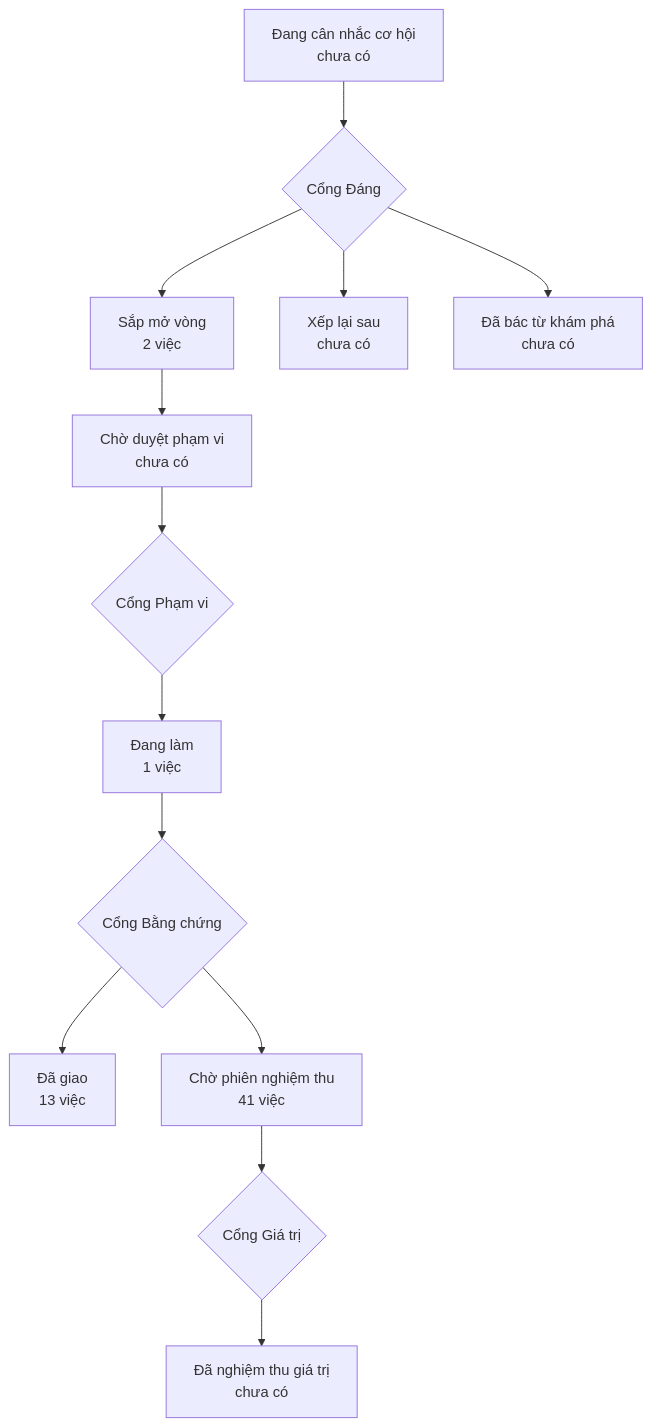
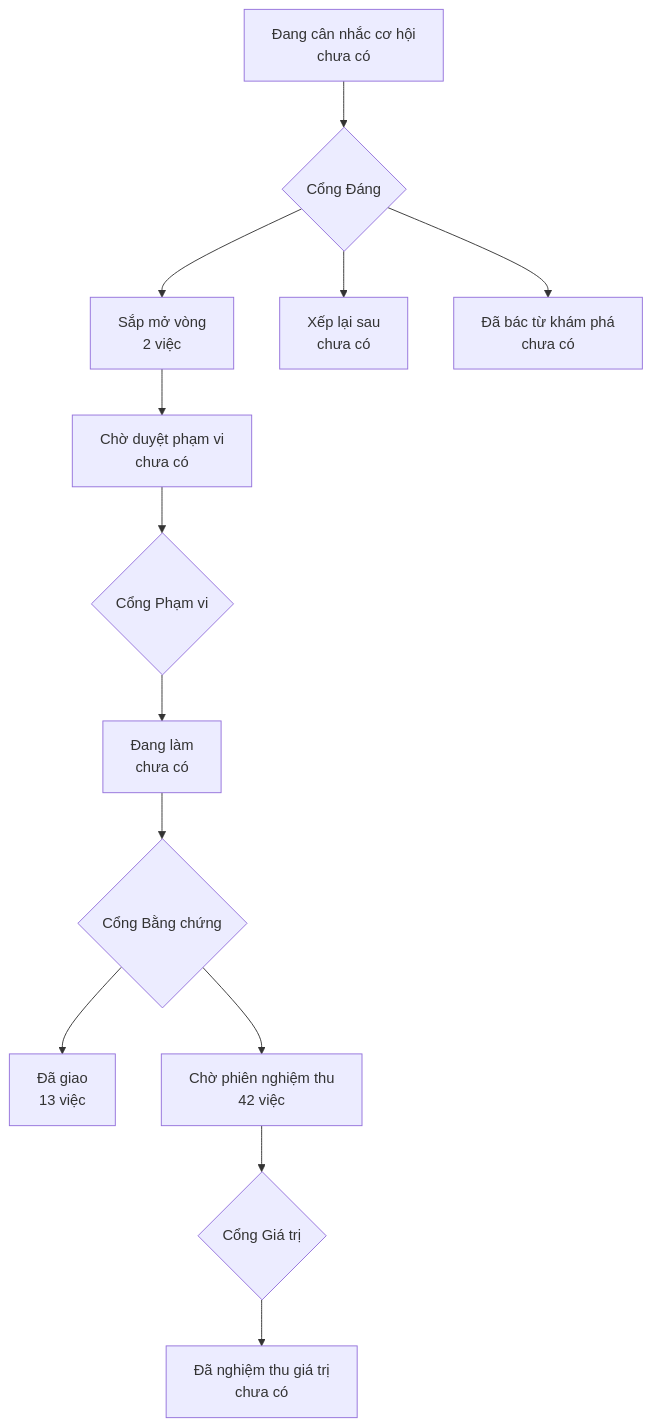
The diagram in PRODUCT-MAP.md (phanlemanh/onehub-quy-hang), drawn with Mermaid before and after one commit. The commit also changed other lines of this file and 4 other files, not shown here.

````diff
--- a/PRODUCT-MAP.md
+++ b/PRODUCT-MAP.md
@@ -7,12 +7,12 @@
 ```mermaid
 flowchart TD
   A["Đang cân nhắc cơ hội<br/>chưa có"] --> GD{"Cổng Đáng"}
   GD --> B["Sắp mở vòng<br/>2 việc"]
   GD --> XL["Xếp lại sau<br/>chưa có"]
   GD --> DB["Đã bác từ khám phá<br/>chưa có"]
   B --> CD["Chờ duyệt phạm vi<br/>chưa có"] --> GP{"Cổng Phạm vi"}
-  GP --> DL["Đang làm<br/>1 việc"] --> GB{"Cổng Bằng chứng"}
+  GP --> DL["Đang làm<br/>chưa có"] --> GB{"Cổng Bằng chứng"}
   GB --> DG["Đã giao<br/>13 việc"]
-  GB --> CN["Chờ phiên nghiệm thu<br/>41 việc"] --> GG{"Cổng Giá trị"}
+  GB --> CN["Chờ phiên nghiệm thu<br/>42 việc"] --> GG{"Cổng Giá trị"}
   GG --> NT["Đã nghiệm thu giá trị<br/>chưa có"]
 ```
````
